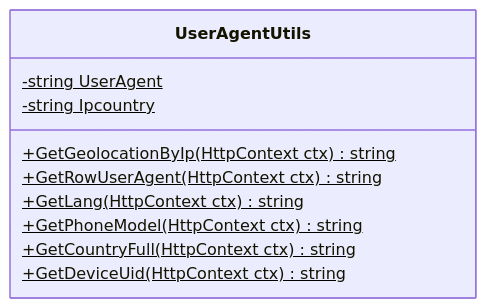
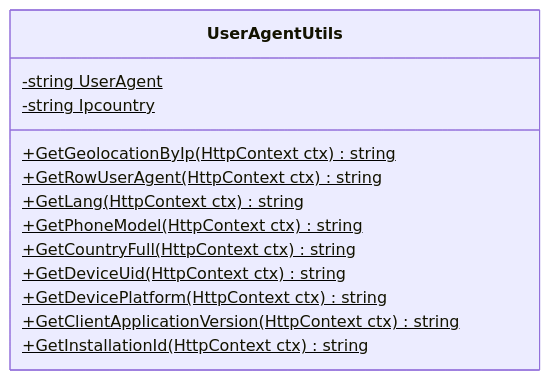
One commit to MyJetWallet/MyJetWallet.Sdk.WalletApi changed diagram 28 of 30 in CODE_METRICS.md. Above: the diagram before and after it, drawn with Mermaid. The commit also changed other lines of this file and 1 other file, not shown here.

````diff
--- a/CODE_METRICS.md
+++ b/CODE_METRICS.md
@@ -1611,14 +1614,17 @@
 ```mermaid
 classDiagram
 class UserAgentUtils{
     -string UserAgent$
     -string Ipcountry$
     +GetGeolocationByIp(HttpContext ctx)$ string
     +GetRowUserAgent(HttpContext ctx)$ string
     +GetLang(HttpContext ctx)$ string
     +GetPhoneModel(HttpContext ctx)$ string
     +GetCountryFull(HttpContext ctx)$ string
     +GetDeviceUid(HttpContext ctx)$ string
+    +GetDevicePlatform(HttpContext ctx)$ string
+    +GetClientApplicationVersion(HttpContext ctx)$ string
+    +GetInstallationId(HttpContext ctx)$ string
 }
 
 ```
````
